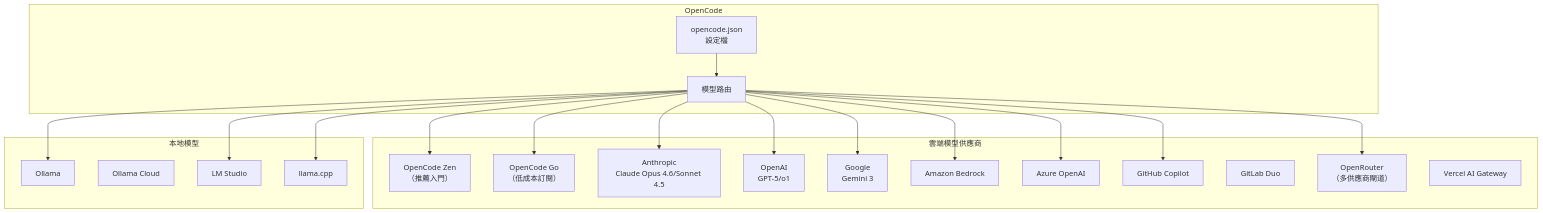
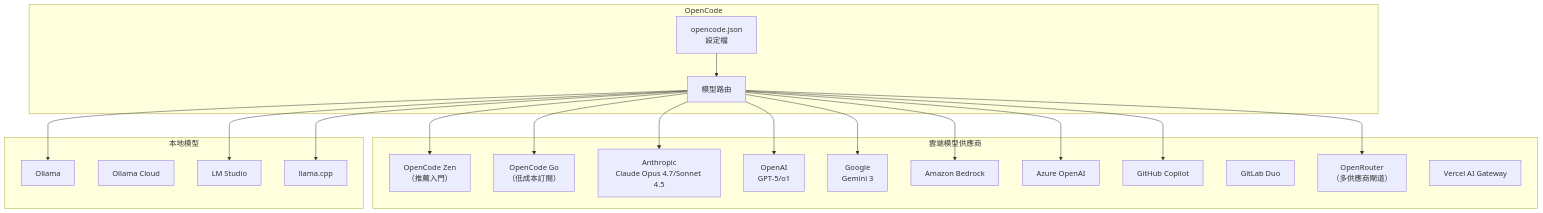
The eighth of 51 diagrams in content/posts/教學/AI開發/opencode生態系教學手冊.md (chihhung/Blog), drawn with Mermaid before and after one commit. The commit also changed other lines of this file and 12 other files, not shown here.

````diff
--- a/content/posts/教學/AI開發/opencode生態系教學手冊.md
+++ b/content/posts/教學/AI開發/opencode生態系教學手冊.md
@@ -1444,42 +1471,42 @@
 ```mermaid
 graph TB
     subgraph "OpenCode"
         Config["opencode.json<br/>設定檔"]
         Router["模型路由"]
     end
 
     subgraph "雲端模型供應商"
         Zen["OpenCode Zen<br/>（推薦入門）"]
         Go["OpenCode Go<br/>（低成本訂閱）"]
-        Anthropic["Anthropic<br/>Claude Opus 4.6/Sonnet 4.5"]
+        Anthropic["Anthropic<br/>Claude Opus 4.7/Sonnet 4.5"]
         OpenAI["OpenAI<br/>GPT-5/o1"]
         Google["Google<br/>Gemini 3"]
         Bedrock["Amazon Bedrock"]
         AzureOAI["Azure OpenAI"]
         Copilot["GitHub Copilot"]
         GitLab["GitLab Duo"]
         OR["OpenRouter<br/>（多供應商閘道）"]
         Vercel["Vercel AI Gateway"]
     end
 
     subgraph "本地模型"
         Ollama["Ollama"]
         OllamaCloud["Ollama Cloud"]
         LMStudio["LM Studio"]
         LlamaCpp["llama.cpp"]
     end
 
     Config --> Router
     Router --> Zen
     Router --> Go
     Router --> Anthropic
     Router --> OpenAI
     Router --> Google
     Router --> Bedrock
     Router --> AzureOAI
     Router --> Copilot
     Router --> OR
     Router --> Ollama
     Router --> LMStudio
     Router --> LlamaCpp
 ```
````
